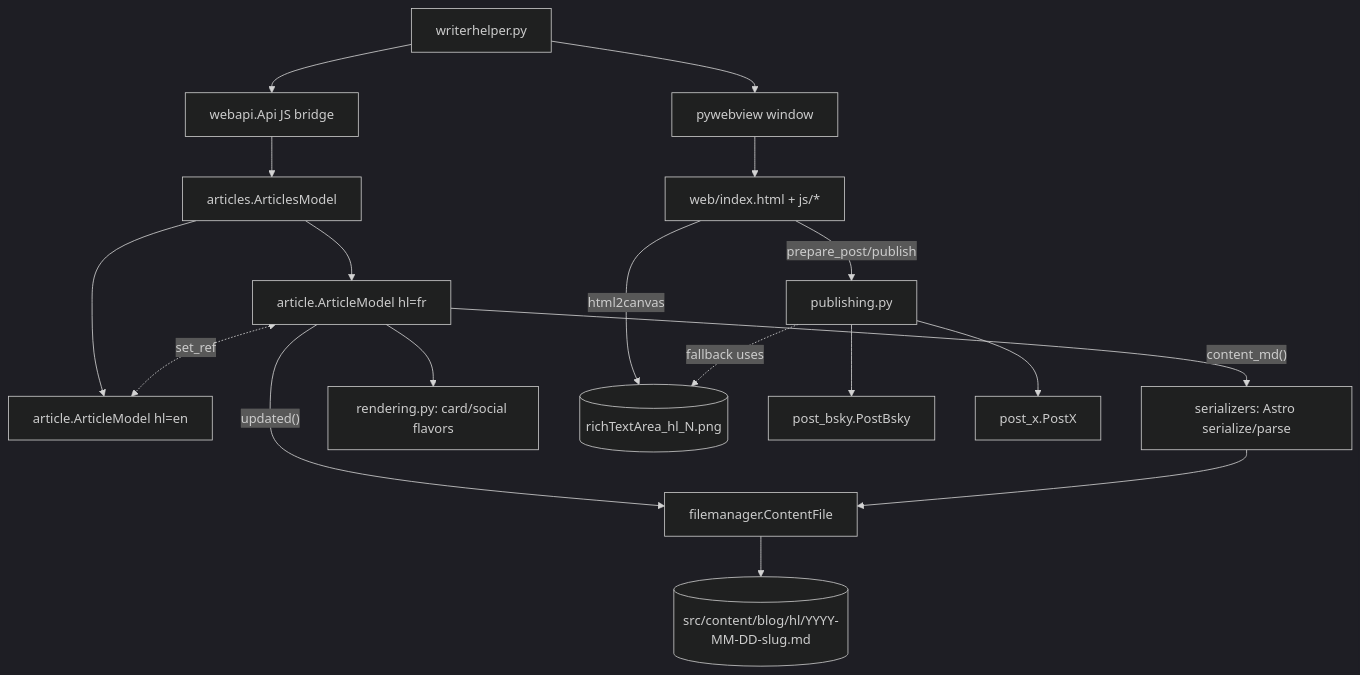
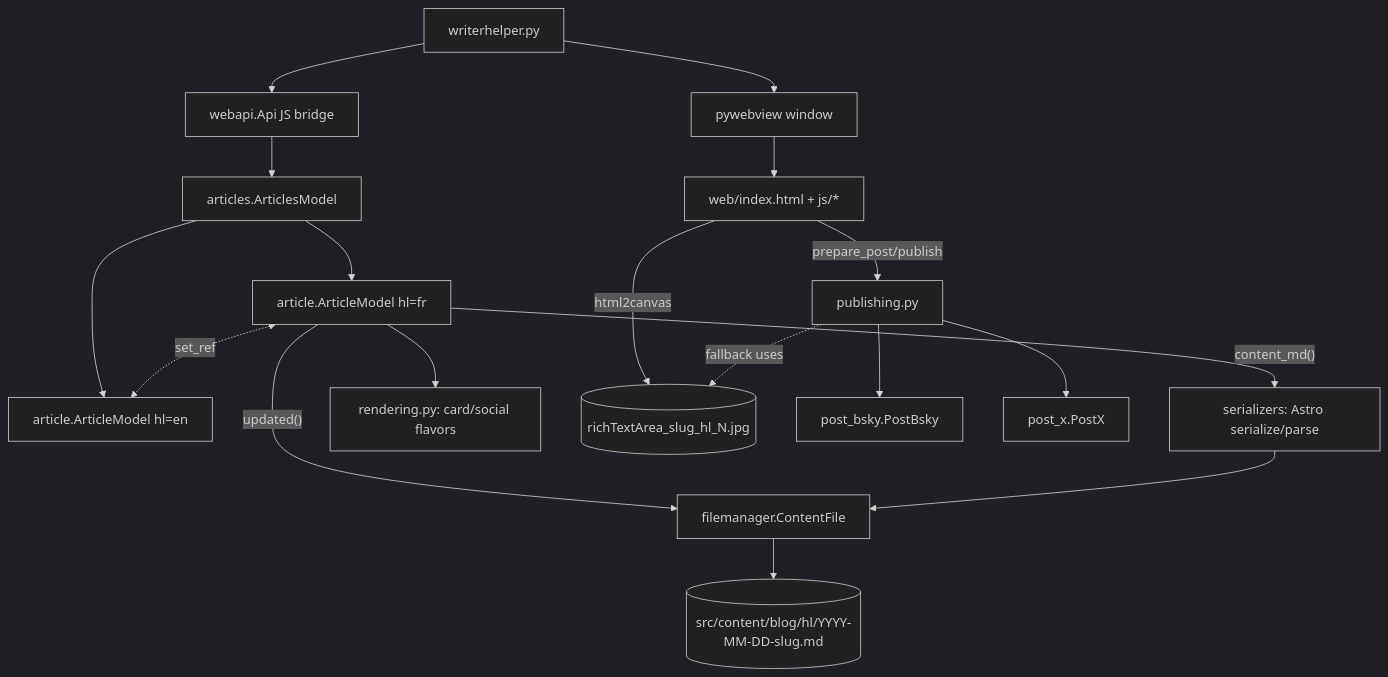
Before and after one commit to MartinGamsby/WriterHelper: the diagram in wiki/overview.md, drawn with Mermaid (dark theme). The commit also changed 23 other files, not shown here.

````diff
--- a/wiki/overview.md
+++ b/wiki/overview.md
@@ -26,20 +26,20 @@
 ```mermaid
 graph TD
     EP[writerhelper.py] --> WV[pywebview window]
     EP --> API[webapi.Api JS bridge]
     WV --> WEB[web/index.html + js/*]
     API --> ASM[articles.ArticlesModel]
     ASM --> FR[article.ArticleModel hl=fr]
     ASM --> EN[article.ArticleModel hl=en]
     FR <-. set_ref .-> EN
     FR -- updated() --> CF[filemanager.ContentFile]
     FR -- content_md() --> SER[serializers: Astro serialize/parse]
     SER --> CF
     CF --> POSTS[(src/content/blog/hl/YYYY-MM-DD-slug.md)]
     FR --> REND[rendering.py: card/social flavors]
-    WEB -- html2canvas --> PNG[(richTextArea_hl_N.png)]
+    WEB -- html2canvas --> PNG[(richTextArea_slug_hl_N.jpg)]
     WEB -- prepare_post/publish --> PUB[publishing.py]
     PUB --> PB[post_bsky.PostBsky]
     PUB --> PX[post_x.PostX]
     PUB -. fallback uses .-> PNG
 ```
````
